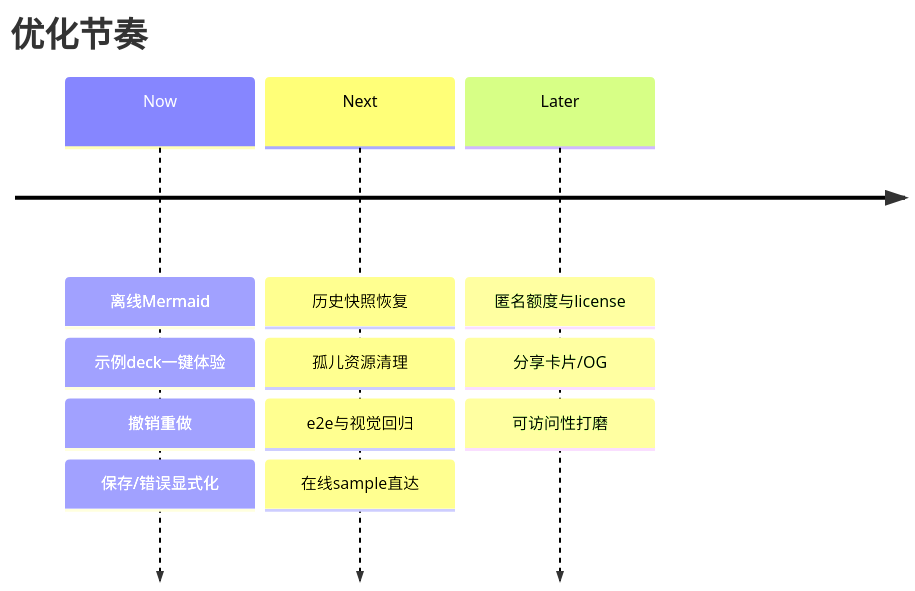
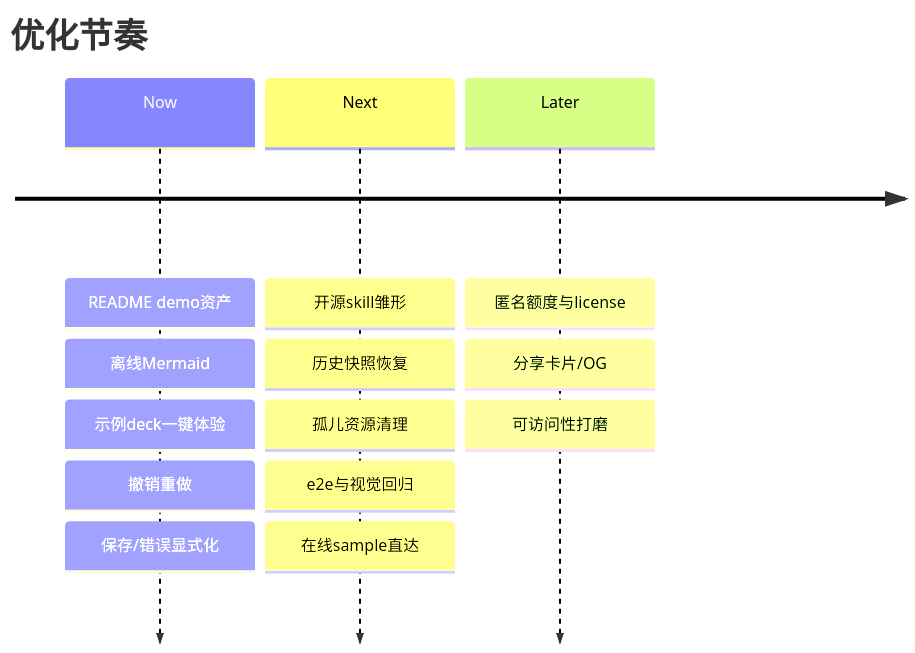
The second of 2 diagrams in docs/ROADMAP.md (Trade-Offf/NextPPT), drawn with Mermaid before and after one commit. The commit also changed other lines of this file and 7 other files, not shown here.

````diff
--- a/docs/ROADMAP.md
+++ b/docs/ROADMAP.md
@@ -75,7 +77,7 @@
 ```mermaid
 timeline
   title 优化节奏
-  Now : 离线Mermaid : 示例deck一键体验 : 撤销重做 : 保存/错误显式化
-  Next : 历史快照恢复 : 孤儿资源清理 : e2e与视觉回归 : 在线sample直达
+  Now : README demo资产 : 离线Mermaid : 示例deck一键体验 : 撤销重做 : 保存/错误显式化
+  Next : 开源skill雏形 : 历史快照恢复 : 孤儿资源清理 : e2e与视觉回归 : 在线sample直达
   Later : 匿名额度与license : 分享卡片/OG : 可访问性打磨
 ```
````
